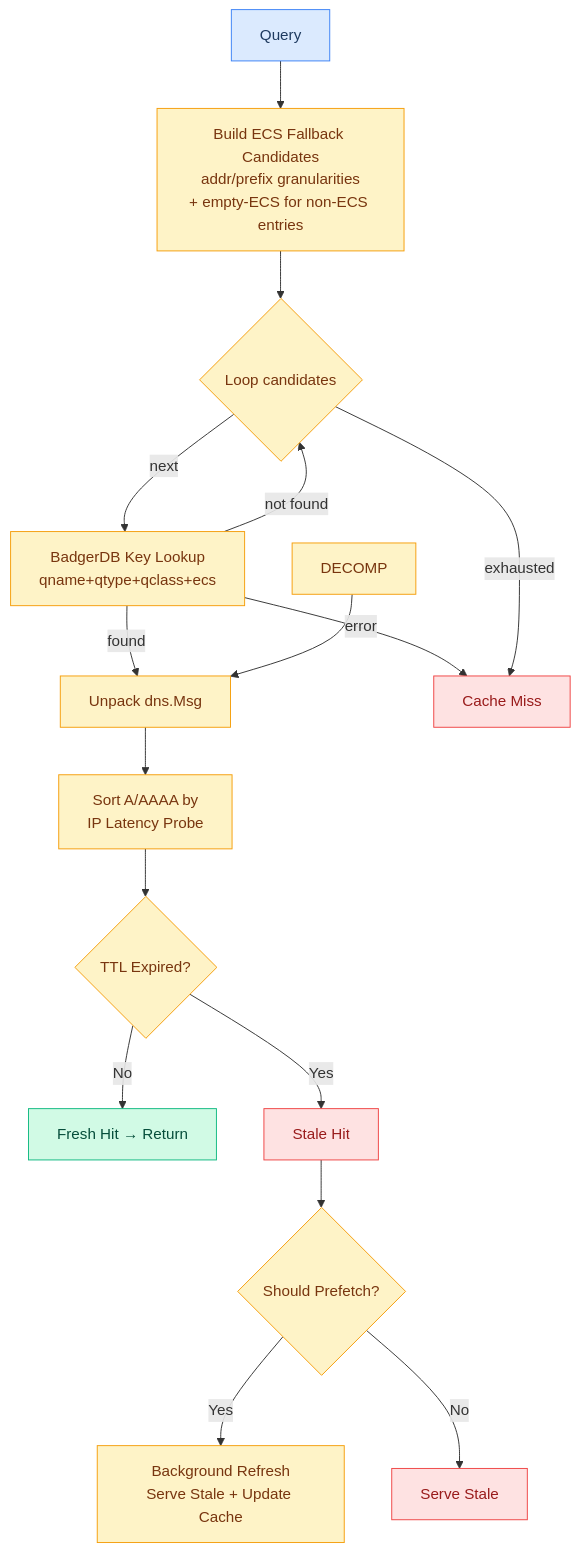
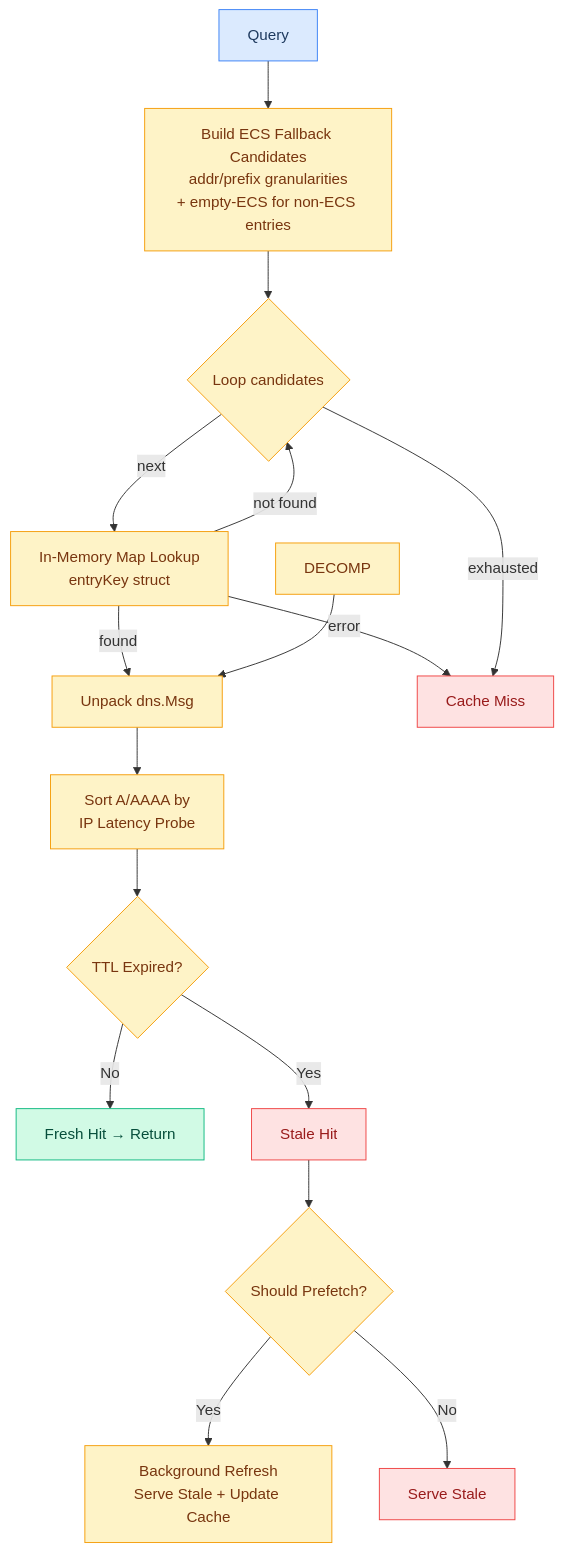
Before and after one commit to hezhijie0327/ZJDNS: the fourth of 26 diagrams in docs/FLOWCHARTS.md, drawn with Mermaid. The commit also changed other lines of this file and 34 other files, not shown here.

````diff
--- a/docs/FLOWCHARTS.md
+++ b/docs/FLOWCHARTS.md
@@ -69,26 +69,26 @@
 ```mermaid
 graph TD
     Q[Query] --> ECSCAND[Build ECS Fallback Candidates<br/>addr/prefix granularities<br/>+ empty-ECS for non-ECS entries]
     ECSCAND --> LOOP{Loop candidates}
-    LOOP -->|next| QUERY[BadgerDB Key Lookup<br/>qname+qtype+qclass+ecs]
+    LOOP -->|next| QUERY[In-Memory Map Lookup<br/>entryKey struct]
     QUERY -->|found| UNPACK[dns.Msg Unpack]
     QUERY -->|not found| LOOP
     QUERY -->|error| MISS[Cache Miss]
     LOOP -->|exhausted| MISS
     DECOMP --> UNPACK[Unpack dns.Msg]
     UNPACK --> SORT[Sort A/AAAA by<br/>IP Latency Probe]
     SORT --> EXPIRED{TTL Expired?}
     EXPIRED -->|No| HIT[Fresh Hit → Return]
     EXPIRED -->|Yes| STALE[Stale Hit]
     STALE --> PREFETCH{Should Prefetch?}
     PREFETCH -->|Yes| BG[Background Refresh<br/>Serve Stale + Update Cache]
     PREFETCH -->|No| RETURN[Serve Stale]
     classDef start fill:#dbeafe,stroke:#3b82f6,color:#1e3a5f
     classDef proc fill:#fef3c7,stroke:#f59e0b,color:#78350f
     classDef hit fill:#d1fae5,stroke:#10b981,color:#064e3b
     classDef miss fill:#fee2e2,stroke:#ef4444,color:#991b1b
     class Q start
     class ECSCAND,LOOP,QUERY,DECOMP,UNPACK,SORT,EXPIRED,PREFETCH,BG proc
     class HIT hit
     class MISS,RETURN,STALE miss
 ```
````
